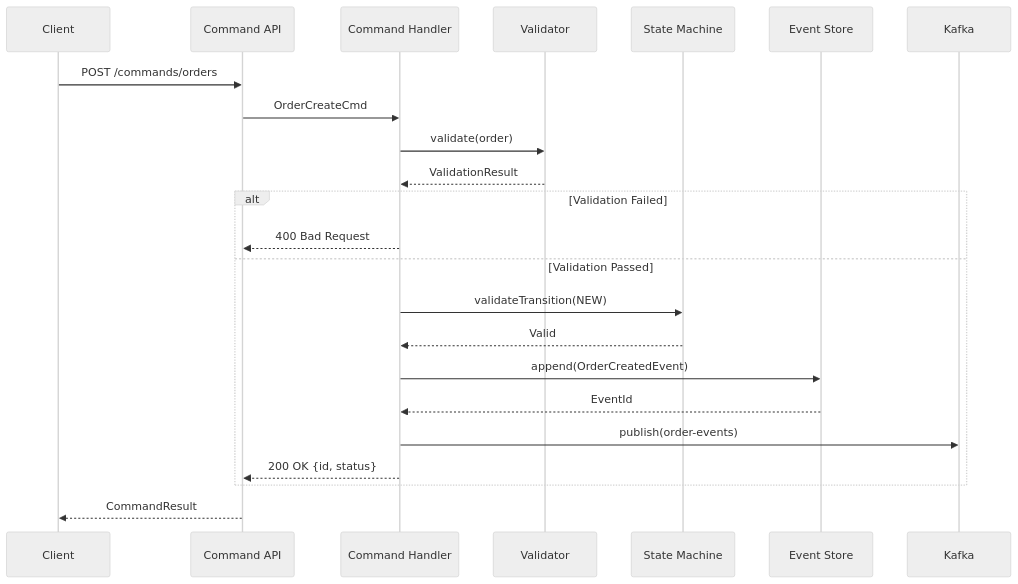
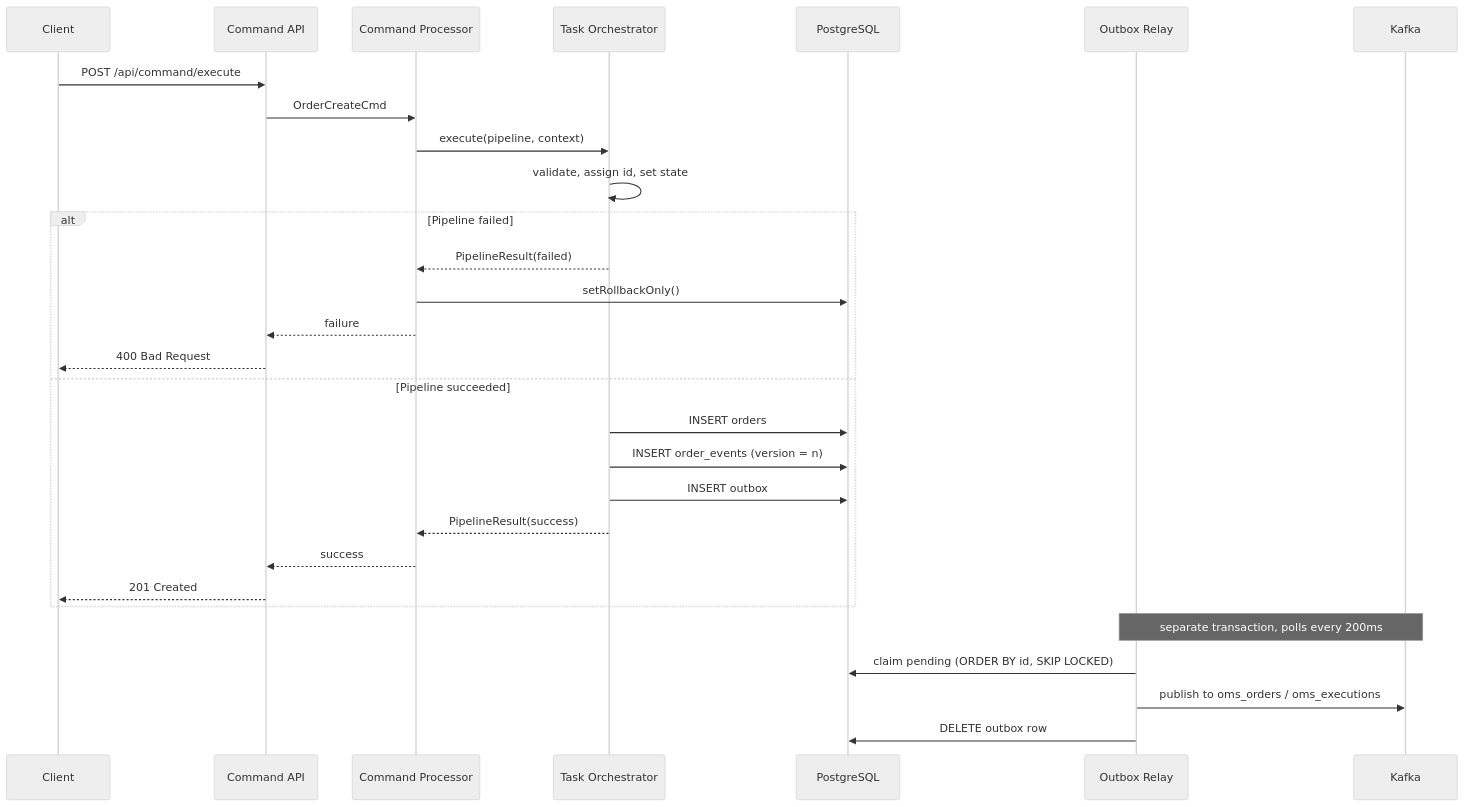
The sixth of 25 diagrams in oms-core/docs/architecture-specification.md (tbaderts/oms), drawn with Mermaid (neutral theme) before and after one commit. The commit also changed other lines of this file and 104 other files, not shown here.

Commit message:
architecture improvements

````diff
--- a/oms-core/docs/architecture-specification.md
+++ b/oms-core/docs/architecture-specification.md
@@ -354,28 +370,34 @@
 ```mermaid
 sequenceDiagram
     participant Client
     participant CmdAPI as Command API
-    participant Handler as Command Handler
-    participant Val as Validator
-    participant SM as State Machine
-    participant Store as Event Store
+    participant Proc as Command Processor
+    participant Orch as Task Orchestrator
+    participant DB as PostgreSQL
+    participant Relay as Outbox Relay
     participant Kafka
-    
-    Client->>CmdAPI: POST /commands/orders
-    CmdAPI->>Handler: OrderCreateCmd
-    Handler->>Val: validate(order)
-    Val-->>Handler: ValidationResult
-    
-    alt Validation Failed
-        Handler-->>CmdAPI: 400 Bad Request
-    else Validation Passed
-        Handler->>SM: validateTransition(NEW)
-        SM-->>Handler: Valid
-        Handler->>Store: append(OrderCreatedEvent)
-        Store-->>Handler: EventId
-        Handler->>Kafka: publish(order-events)
-        Handler-->>CmdAPI: 200 OK {id, status}
+
+    Client->>CmdAPI: POST /api/command/execute
+    CmdAPI->>Proc: OrderCreateCmd
+    Proc->>Orch: execute(pipeline, context)
+    Orch->>Orch: validate, assign id, set state
+
+    alt Pipeline failed
+        Orch-->>Proc: PipelineResult(failed)
+        Proc->>DB: setRollbackOnly()
+        Proc-->>CmdAPI: failure
+        CmdAPI-->>Client: 400 Bad Request
+    else Pipeline succeeded
+        Orch->>DB: INSERT orders
+        Orch->>DB: INSERT order_events (version = n)
+        Orch->>DB: INSERT outbox
+        Orch-->>Proc: PipelineResult(success)
+        Proc-->>CmdAPI: success
+        CmdAPI-->>Client: 201 Created
     end
-    
-    CmdAPI-->>Client: CommandResult
+
+    Note over Relay,Kafka: separate transaction, polls every 200ms
+    Relay->>DB: claim pending (ORDER BY id, SKIP LOCKED)
+    Relay->>Kafka: publish to oms_orders / oms_executions
+    Relay->>DB: DELETE outbox row
 ```
````
